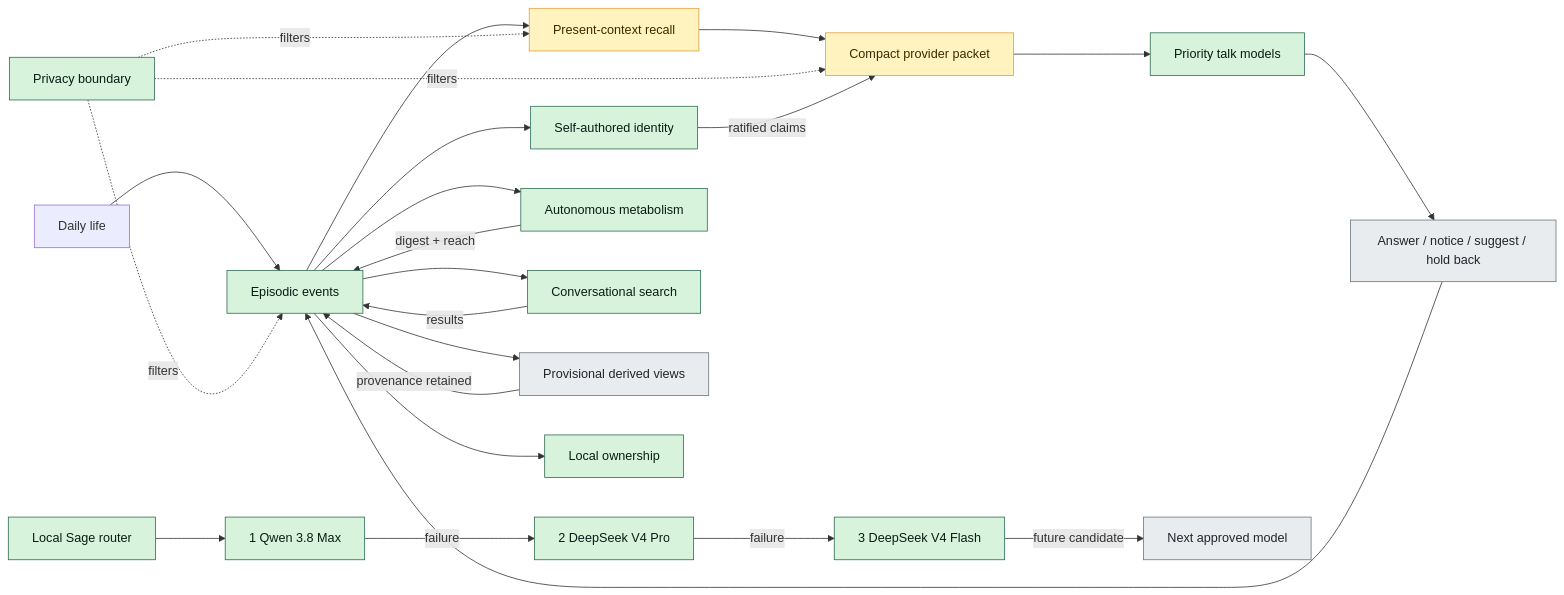
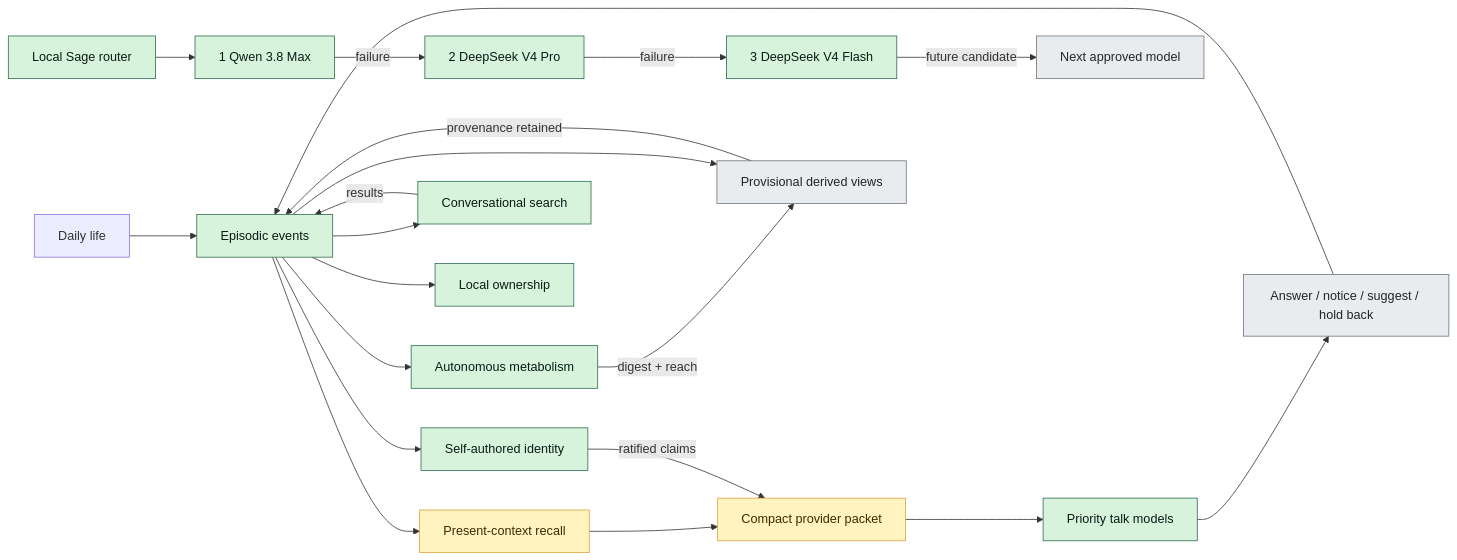
One commit to 91nedlawnavi-svg/sage changed the diagram in docs/ROADMAP.md. Above: the diagram before and after it, drawn with Mermaid. The commit also changed other lines of this file and 35 other files, not shown here.

````diff
--- a/docs/ROADMAP.md
+++ b/docs/ROADMAP.md
@@ -9,36 +9,32 @@
 ```mermaid
 flowchart LR
     LIFE[Daily life] --> EVENTS[Episodic events]
     EVENTS --> RECALL[Present-context recall]
     RECALL --> PACKET[Compact provider packet]
     PACKET --> TALK[Priority talk models]
     TALK --> RESPONSE[Answer / notice / suggest / hold back]
     RESPONSE --> EVENTS
 
-    PRIVACY[Privacy boundary] -. filters .-> EVENTS
-    PRIVACY -. filters .-> RECALL
-    PRIVACY -. filters .-> PACKET
-
     ROUTER[Local Sage router] --> QWEN[1 Qwen 3.8 Max]
     QWEN -->|failure| PRO[2 DeepSeek V4 Pro]
     PRO -->|failure| FLASH[3 DeepSeek V4 Flash]
     FLASH -->|future candidate| NEXT[Next approved model]
 
     EVENTS --> IDENTITY[Self-authored identity]
     IDENTITY -->|ratified claims| PACKET
     EVENTS --> METABOLISM[Autonomous metabolism]
-    METABOLISM -->|digest + reach| EVENTS
+    METABOLISM -->|digest + reach| DERIVED
     EVENTS --> SEARCH[Conversational search]
     SEARCH -->|results| EVENTS
 
     EVENTS --> DERIVED[Provisional derived views]
     DERIVED -->|provenance retained| EVENTS
     EVENTS --> OWNERSHIP[Local ownership]
 
     classDef done fill:#d8f3dc,stroke:#2d6a4f,color:#081c15;
     classDef active fill:#fff3bf,stroke:#e09f3e,color:#3d2b00;
     classDef future fill:#e9ecef,stroke:#6c757d,color:#212529;
-    class EVENTS,PRIVACY,OWNERSHIP,TALK,ROUTER,QWEN,PRO,FLASH,IDENTITY,METABOLISM,SEARCH done;
+    class EVENTS,OWNERSHIP,TALK,ROUTER,QWEN,PRO,FLASH,IDENTITY,METABOLISM,SEARCH done;
     class RECALL,PACKET active;
     class DERIVED,RESPONSE,NEXT future;
 ```
````
